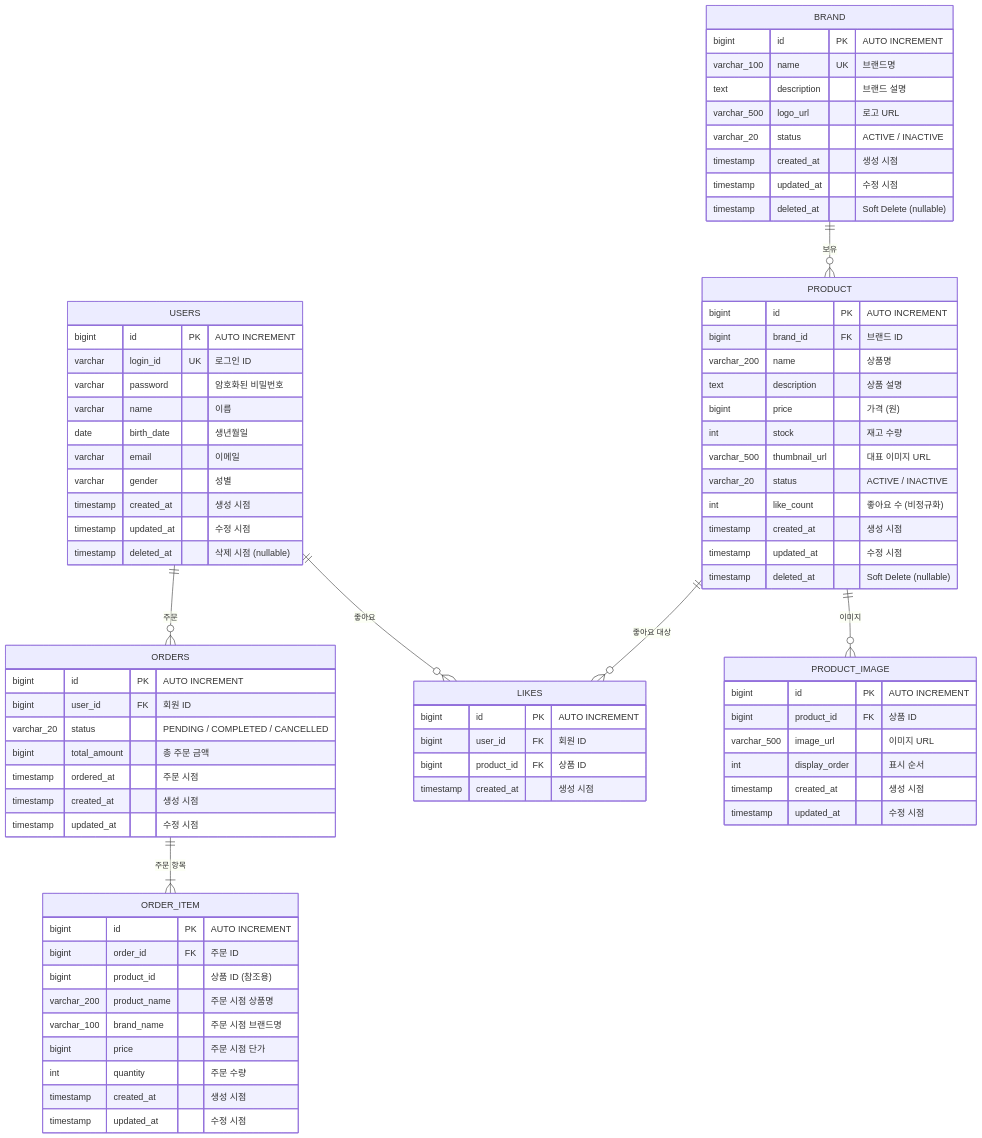
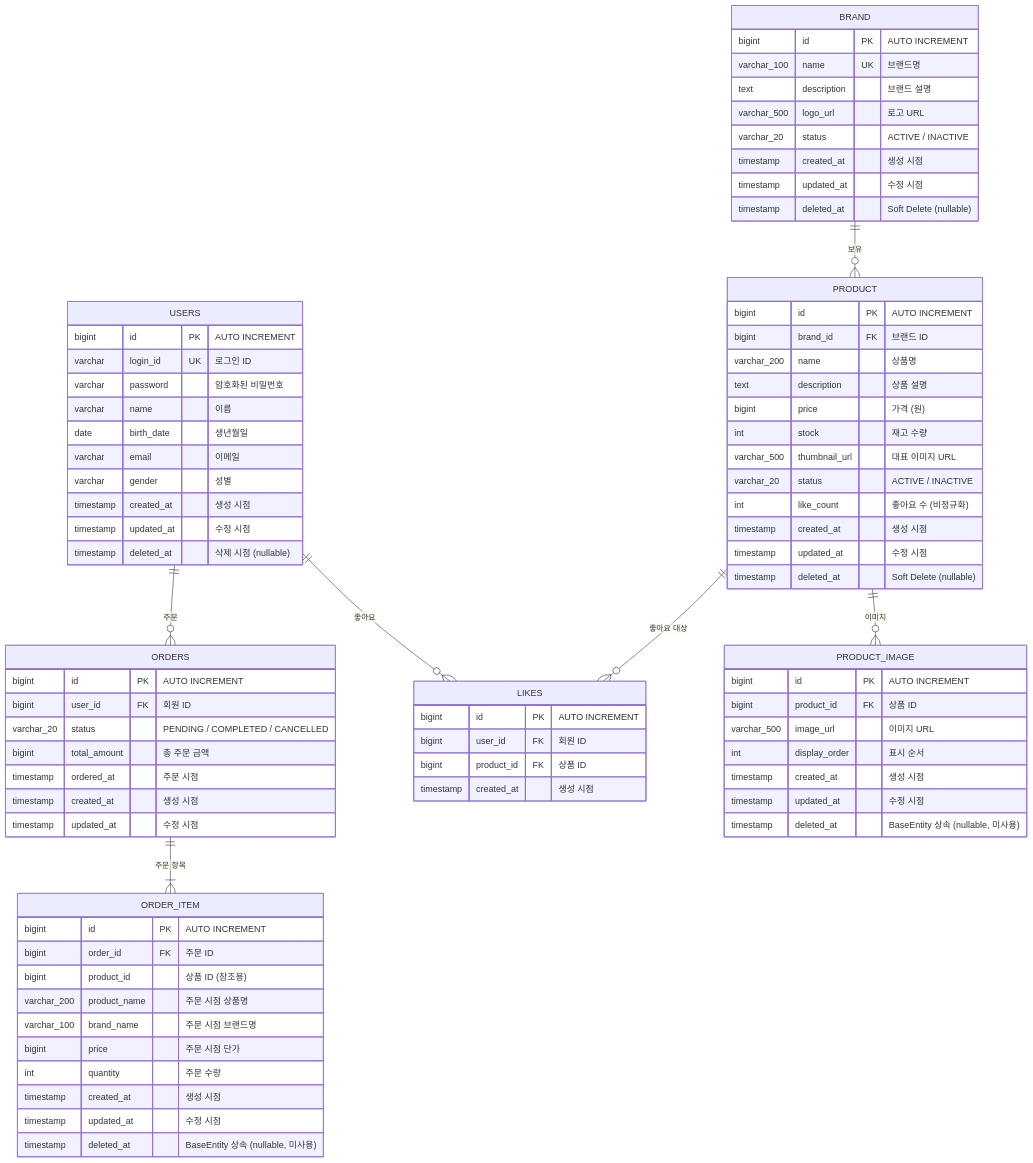
Before and after one commit to Loopers-dev-lab/loop-pack-be-l2-vol3-kotlin: the diagram in docs/design/04-erd.md, drawn with Mermaid. The commit also changed other lines of this file and 16 other files, not shown here.

````diff
--- a/docs/design/04-erd.md
+++ b/docs/design/04-erd.md
@@ -70,6 +71,7 @@
         int display_order "표시 순서"
         timestamp created_at "생성 시점"
         timestamp updated_at "수정 시점"
+        timestamp deleted_at "BaseEntity 상속 (nullable, 미사용)"
     }
 
     LIKES {
@@ -99,5 +101,6 @@
         int quantity "주문 수량"
         timestamp created_at "생성 시점"
         timestamp updated_at "수정 시점"
+        timestamp deleted_at "BaseEntity 상속 (nullable, 미사용)"
     }
 ```
````
